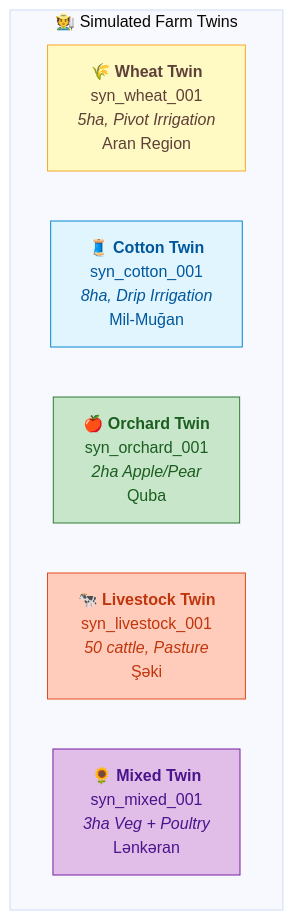
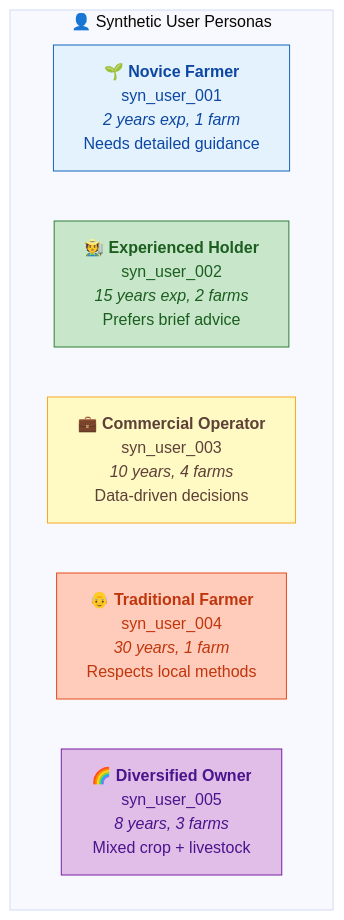
The seventh of 9 diagrams in docs/zekalab/02-SYNTHETIC-DATA-ENGINE.md (Px8Studio/yonja), drawn with Mermaid before and after one commit. The commit also changed other lines of this file and 3 other files, not shown here.

Commit message:
Refactor UI/UX documentation to enhance clarity, including new navigation tab for AI Assistant and detailed design principles for user and farm profiles.

````diff
--- a/docs/zekalab/02-SYNTHETIC-DATA-ENGINE.md
+++ b/docs/zekalab/02-SYNTHETIC-DATA-ENGINE.md
@@ -221,17 +278,17 @@
 ```mermaid
 %%{init: {'theme': 'base', 'themeVariables': { 'primaryTextColor': '#1a1a1a', 'lineColor': '#424242'}}}%%
 graph TB
-    subgraph personas["🧑‍🌾 Simulated Farm Twins"]
-        wheat["🌾 <b>Wheat Twin</b><br/>syn_wheat_001<br/><i>5ha, Pivot Irrigation</i><br/>Aran Region"]
-        cotton["🧵 <b>Cotton Twin</b><br/>syn_cotton_001<br/><i>8ha, Drip Irrigation</i><br/>Mil-Muğan"]
-        orchard["🍎 <b>Orchard Twin</b><br/>syn_orchard_001<br/><i>2ha Apple/Pear</i><br/>Quba"]
-        livestock["🐄 <b>Livestock Twin</b><br/>syn_livestock_001<br/><i>50 cattle, Pasture</i><br/>Şəki"]
-        mixed["🌻 <b>Mixed Twin</b><br/>syn_mixed_001<br/><i>3ha Veg + Poultry</i><br/>Lənkəran"]
+    subgraph users["👤 Synthetic User Personas"]
+        novice["🌱 <b>Novice Farmer</b><br/>syn_user_001<br/><i>2 years exp, 1 farm</i><br/>Needs detailed guidance"]
+        experienced["🧑‍🌾 <b>Experienced Holder</b><br/>syn_user_002<br/><i>15 years exp, 2 farms</i><br/>Prefers brief advice"]
+        commercial["💼 <b>Commercial Operator</b><br/>syn_user_003<br/><i>10 years, 4 farms</i><br/>Data-driven decisions"]
+        traditional["👴 <b>Traditional Farmer</b><br/>syn_user_004<br/><i>30 years, 1 farm</i><br/>Respects local methods"]
+        diversified["🌈 <b>Diversified Owner</b><br/>syn_user_005<br/><i>8 years, 3 farms</i><br/>Mixed crop + livestock"]
     end
     
-    style wheat fill:#fff9c4,stroke:#f9a825,color:#5d4037
-    style cotton fill:#e1f5fe,stroke:#0288d1,color:#01579b
-    style orchard fill:#c8e6c9,stroke:#2e7d32,color:#1b5e20
-    style livestock fill:#ffccbc,stroke:#e64a19,color:#bf360c
-    style mixed fill:#e1bee7,stroke:#7b1fa2,color:#4a148c
+    style novice fill:#e3f2fd,stroke:#1565c0,color:#0d47a1
+    style experienced fill:#c8e6c9,stroke:#2e7d32,color:#1b5e20
+    style commercial fill:#fff9c4,stroke:#f9a825,color:#5d4037
+    style traditional fill:#ffccbc,stroke:#e64a19,color:#bf360c
+    style diversified fill:#e1bee7,stroke:#7b1fa2,color:#4a148c
 ```
````
